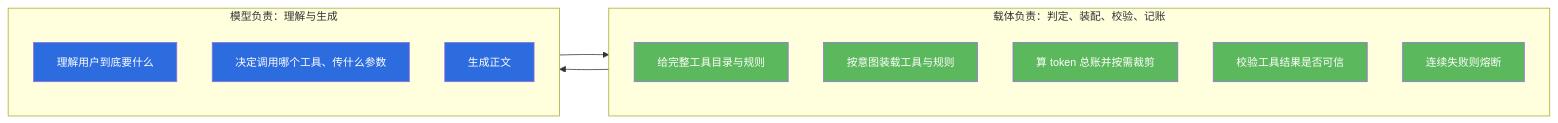
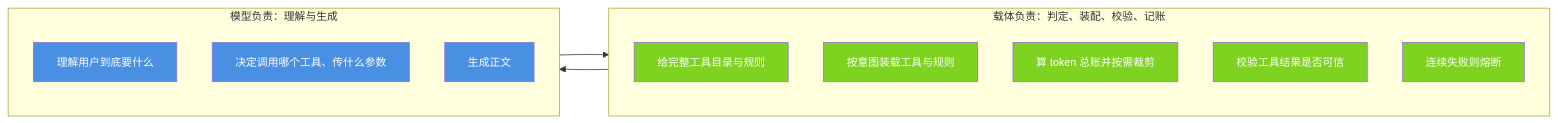
The third of 5 diagrams in docs/modules/01-carrier-core.md (jiangchuangege/xiaojiao-harnees), drawn with Mermaid before and after one commit. The commit also changed other lines of this file and 32 other files, not shown here.

Commit message:
统一：全仓原理图配色到一套调色板 + 给 12 张灰图补色 + 修正自己会睡那张过期图

````diff
--- a/docs/modules/01-carrier-core.md
+++ b/docs/modules/01-carrier-core.md
@@ -181,28 +181,28 @@
 ```mermaid
 %%{init: {"themeVariables": {"fontSize": "14px"}, "flowchart": {"htmlLabels": true, "wrappingWidth": 340, "nodeSpacing": 46, "rankSpacing": 64, "useMaxWidth": true}}}%%
 flowchart LR
     subgraph CARRIER["载体负责：判定、装配、校验、记账"]
         direction TB
         K1["给完整工具目录与规则"]
         K2["按意图装载工具与规则"]
         K3["算 token 总账并按需裁剪"]
         K4["校验工具结果是否可信"]
         K5["连续失败则熔断"]
     end
     subgraph MODEL["模型负责：理解与生成"]
         direction TB
         L1["理解用户到底要什么"]
         L2["决定调用哪个工具、传什么参数"]
         L3["生成正文"]
     end
     CARRIER --> MODEL
     MODEL --> CARRIER
-    style K1 fill:#5cb85c,color:#fff
-    style K2 fill:#5cb85c,color:#fff
-    style K3 fill:#5cb85c,color:#fff
-    style K4 fill:#5cb85c,color:#fff
-    style K5 fill:#5cb85c,color:#fff
-    style L1 fill:#2d6cdf,color:#fff
-    style L2 fill:#2d6cdf,color:#fff
-    style L3 fill:#2d6cdf,color:#fff
+    style K1 fill:#7ED321,color:#fff
+    style K2 fill:#7ED321,color:#fff
+    style K3 fill:#7ED321,color:#fff
+    style K4 fill:#7ED321,color:#fff
+    style K5 fill:#7ED321,color:#fff
+    style L1 fill:#4A90E2,color:#fff
+    style L2 fill:#4A90E2,color:#fff
+    style L3 fill:#4A90E2,color:#fff
 ```
````
